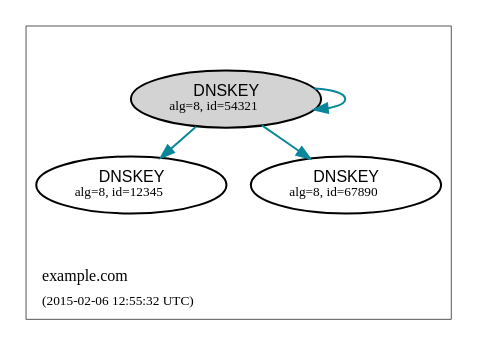
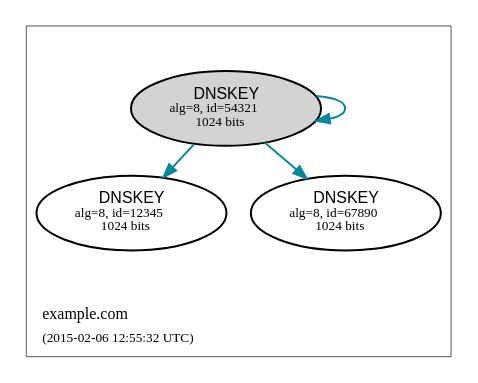
One commit to dnsviz/dnsviz changed the diagram in doc/src/rrsig-dnskey.dot. Above: the diagram before and after it, drawn with Graphviz. The commit also changed 27 other files, not shown here.

```diff
--- a/doc/src/rrsig-dnskey.dot
+++ b/doc/src/rrsig-dnskey.dot
@@ -1,42 +1,42 @@
 digraph {
   graph [compound=true, rankdir=BT, ranksep=0.3];
 	node [label="\N",
 		penwidth=1.5
 	];
 	edge [penwidth=1.5];
 
   subgraph "cluster_example.com" {
 		graph [label=<<TABLE BORDER="0"><TR><TD ALIGN="LEFT"><FONT POINT-SIZE="12">example.com</FONT></TD></TR><TR><TD ALIGN="LEFT"><FONT POINT-SIZE="10">(2015-02-06 12:55:32 UTC)</FONT></TD></TR></TABLE>>,
 				labeljust=l,
 				penwidth=0.5
 		];
 		"DNSKEY-0|example.com|8|12345"	 [color="#000000",
 			fillcolor="#ffffff",
-			label=<<FONT POINT-SIZE="12" FACE="Helvetica">DNSKEY</FONT><BR/><FONT POINT-SIZE="10">alg=8, id=12345</FONT>>,
+			label=<<FONT POINT-SIZE="12" FACE="Helvetica">DNSKEY</FONT><BR/><FONT POINT-SIZE="10">alg=8, id=12345<BR/>1024 bits</FONT>>,
 			shape=ellipse,
 			style=filled];
 		"DNSKEY-0|example.com|8|67890"	 [color="#000000",
 			fillcolor="#ffffff",
-			label=<<FONT POINT-SIZE="12" FACE="Helvetica">DNSKEY</FONT><BR/><FONT POINT-SIZE="10">alg=8, id=67890</FONT>>,
+			label=<<FONT POINT-SIZE="12" FACE="Helvetica">DNSKEY</FONT><BR/><FONT POINT-SIZE="10">alg=8, id=67890<BR/>1024 bits</FONT>>,
 			shape=ellipse,
 			style=filled];
 		"DNSKEY-0|example.com|8|54321"	 [color="#000000",
 			fillcolor="lightgray",
-			label=<<FONT POINT-SIZE="12" FACE="Helvetica">DNSKEY</FONT><BR/><FONT POINT-SIZE="10">alg=8, id=54321</FONT>>,
+			label=<<FONT POINT-SIZE="12" FACE="Helvetica">DNSKEY</FONT><BR/><FONT POINT-SIZE="10">alg=8, id=54321<BR/>1024 bits</FONT>>,
 			shape=ellipse,
 			style=filled];
 		"cluster_example.com_top" [shape=point, style=invis];
 		"cluster_example.com_bottom" [shape=point, style=invis];
   }
 	"DNSKEY-0|example.com|8|54321" -> "DNSKEY-0|example.com|8|54321" [dir=back,
 		color="#0a879a",
 		style="solid"];
 	"DNSKEY-0|example.com|8|12345" -> "DNSKEY-0|example.com|8|54321" [dir=back,
 		color="#0a879a",
 		style="solid"];
 	"DNSKEY-0|example.com|8|67890" -> "DNSKEY-0|example.com|8|54321" [dir=back,
 		color="#0a879a",
 		style="solid"];
 	"cluster_example.com_bottom" -> "DNSKEY-0|example.com|8|12345" [style=invis];
 	"DNSKEY-0|example.com|8|54321" -> "cluster_example.com_top" [style=invis];
 }
```
